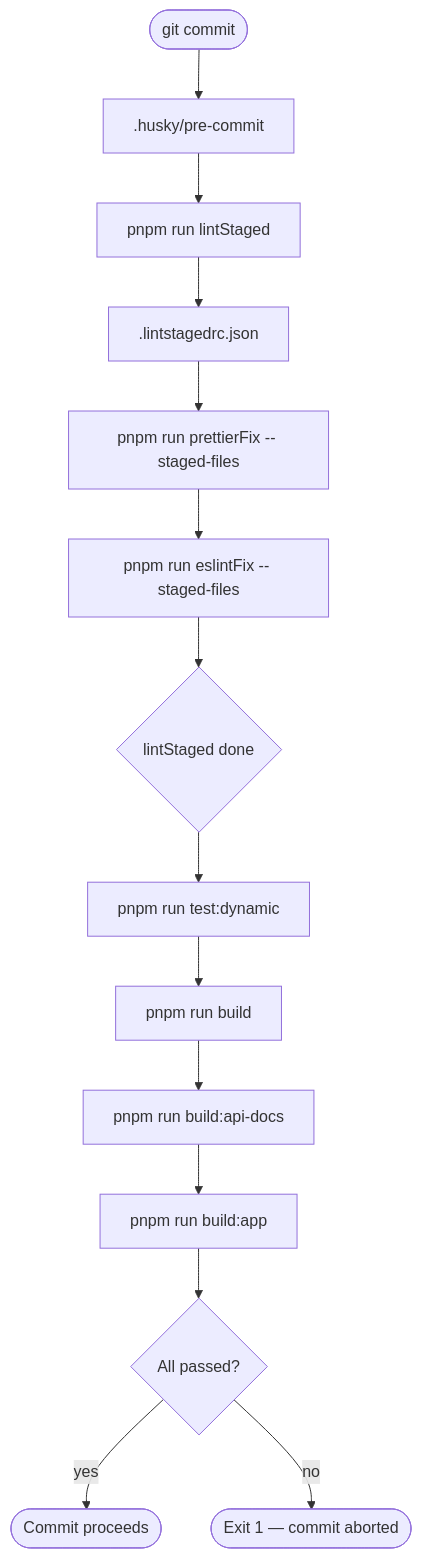
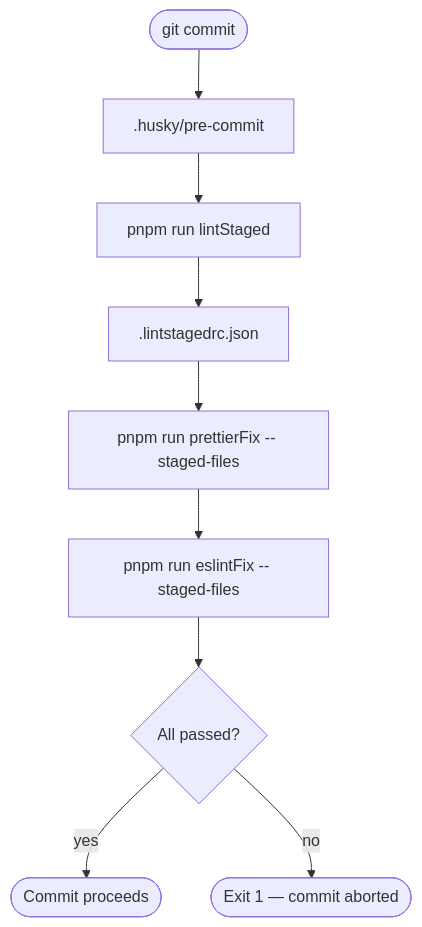
One commit to virgenherrera/nest-base changed the first of 3 diagrams in docs/quality-gates.md. Above: the diagram before and after it, drawn with Mermaid. The commit also changed other lines of this file and 10 other files, not shown here.

````diff
--- a/docs/quality-gates.md
+++ b/docs/quality-gates.md
@@ -127,20 +134,13 @@
 ```mermaid
 flowchart TD
     A([git commit]) --> B[.husky/pre-commit]
 
     B --> C[pnpm run lintStaged]
 
     C --> D[.lintstagedrc.json]
     D --> E[pnpm run prettierFix -- staged-files]
     E --> F[pnpm run eslintFix -- staged-files]
-    F --> G{lintStaged done}
-
-    G --> H[pnpm run test:dynamic]
-    H --> I[pnpm run build]
-    I --> I1[pnpm run build:api-docs]
-    I1 --> I2[pnpm run build:app]
-
-    I2 --> J{All passed?}
-    J -- yes --> K([Commit proceeds])
-    J -- no --> L([Exit 1 — commit aborted])
+    F --> G{All passed?}
+    G -- yes --> H([Commit proceeds])
+    G -- no --> I([Exit 1 — commit aborted])
 ```
````
